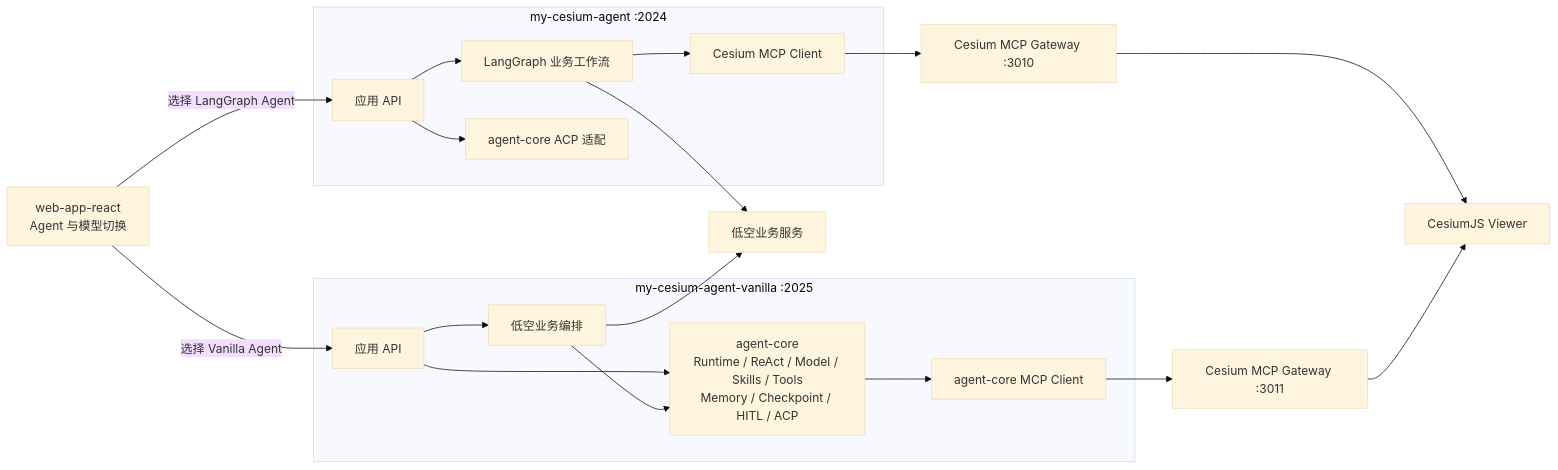
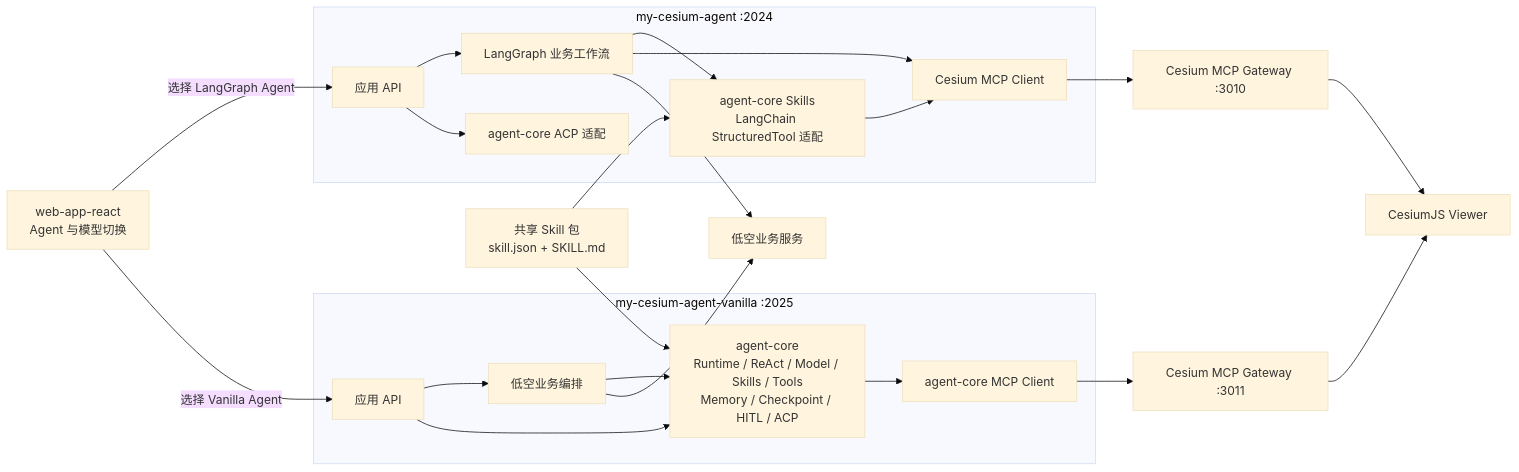
Before and after one commit to qiuzixu/agent-core: the fourth of 4 diagrams in docs/ARCHITECTURE.md, drawn with Mermaid (base theme). The commit also changed other lines of this file, not shown here.

````diff
--- a/docs/ARCHITECTURE.md
+++ b/docs/ARCHITECTURE.md
@@ -236,42 +236,48 @@
 ```mermaid
 flowchart LR
     WEB["web-app-react<br/>Agent 与模型切换"]
 
     subgraph LANGGRAPH["my-cesium-agent :2024"]
         LGAPI["应用 API"]
         LGFLOW["LangGraph 业务工作流"]
         LGACP["agent-core ACP 适配"]
+        LGSKILL["agent-core Skills<br/>LangChain StructuredTool 适配"]
         LGMCP["Cesium MCP Client"]
     end
 
     subgraph VANILLA["my-cesium-agent-vanilla :2025"]
         VAPI["应用 API"]
         VBUSINESS["低空业务编排"]
         VCORE["agent-core<br/>Runtime / ReAct / Model / Skills / Tools<br/>Memory / Checkpoint / HITL / ACP"]
         VMCP["agent-core MCP Client"]
     end
 
     GW1["Cesium MCP Gateway :3010"]
     GW2["Cesium MCP Gateway :3011"]
     VIEWER["CesiumJS Viewer"]
     BUSINESSAPI["低空业务服务"]
+    SHAREDSKILLS["共享 Skill 包<br/>skill.json + SKILL.md"]
 
     WEB -->|选择 LangGraph Agent| LGAPI
     WEB -->|选择 Vanilla Agent| VAPI
 
     LGAPI --> LGFLOW
     LGAPI --> LGACP
+    LGFLOW --> LGSKILL
+    SHAREDSKILLS --> LGSKILL
+    LGSKILL --> LGMCP
     LGFLOW --> LGMCP
     LGFLOW --> BUSINESSAPI
     LGMCP --> GW1
 
     VAPI --> VBUSINESS
     VAPI --> VCORE
     VBUSINESS --> VCORE
+    SHAREDSKILLS --> VCORE
     VCORE --> VMCP
     VBUSINESS --> BUSINESSAPI
     VMCP --> GW2
 
     GW1 --> VIEWER
     GW2 --> VIEWER
 ```
````
